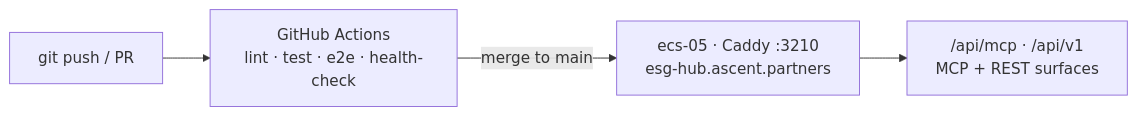
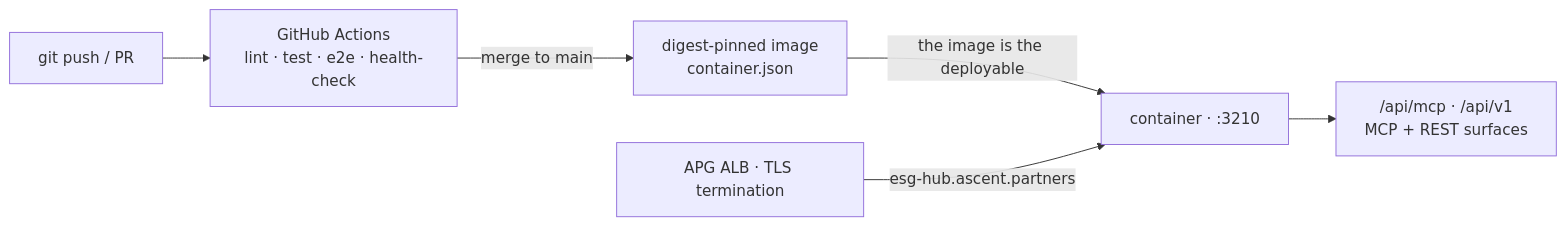
The fourth of 4 diagrams in README.md (simonmak-ascent/esg-hub), drawn with Mermaid before and after one commit. The commit also changed other lines of this file, not shown here.

First line of the commit message:
docs(readme): the deployment is a container behind the ALB (#127)

````diff
--- a/README.md
+++ b/README.md
@@ -95,6 +97,8 @@
 ```mermaid
 flowchart LR
   DEV["git push / PR"] --> CI["GitHub Actions<br/>lint · test · e2e · health-check"]
-  CI -->|merge to main| PROD["ecs-05 · Caddy :3210<br/>esg-hub.ascent.partners"]
+  CI -->|merge to main| IMG["digest-pinned image<br/>container.json"]
+  IMG -->|the image is the deployable| PROD["container · :3210"]
+  ALB["APG ALB · TLS termination"] -->|esg-hub.ascent.partners| PROD
   PROD --> SURF["/api/mcp · /api/v1<br/>MCP + REST surfaces"]
 ```
````
